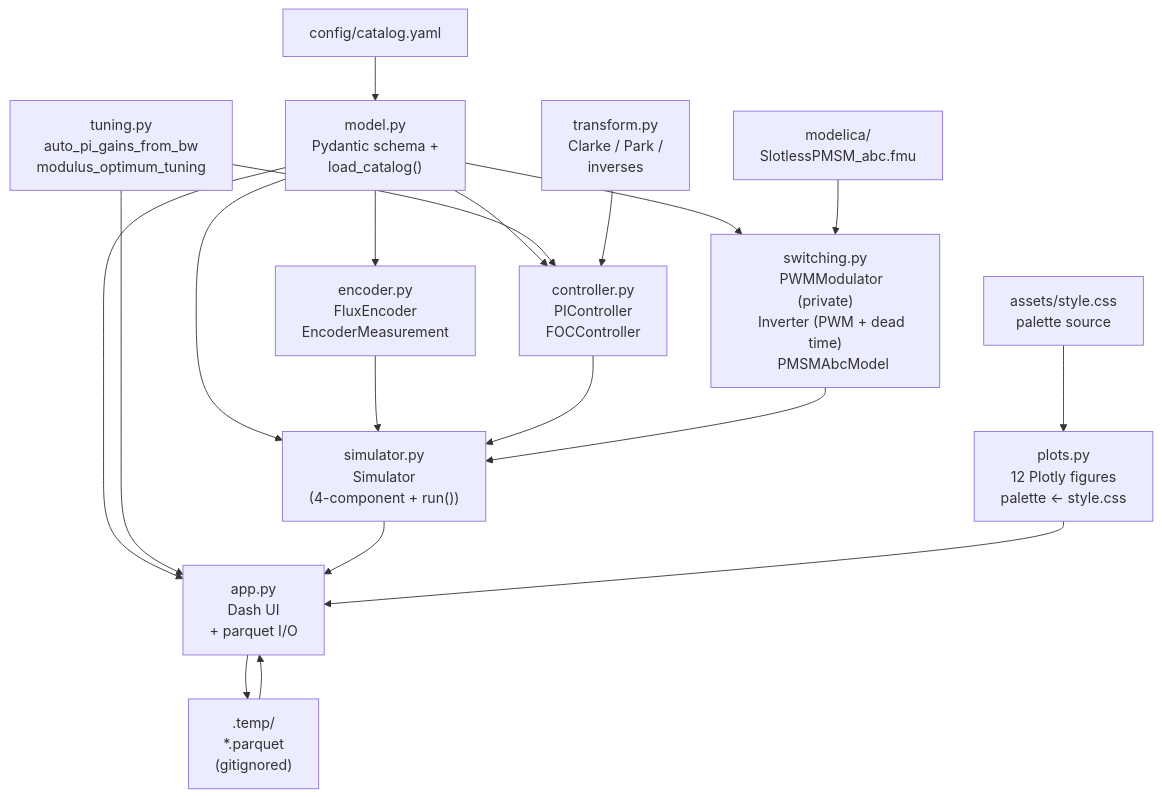
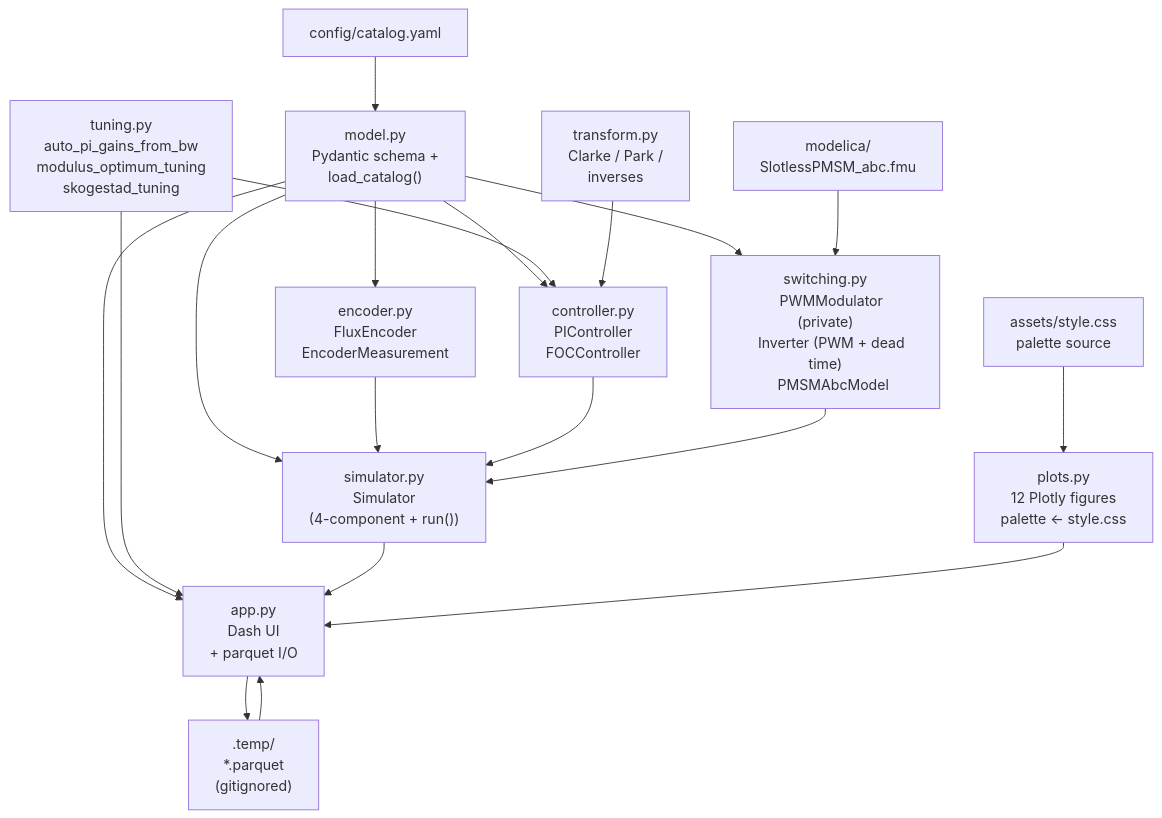
Before and after one commit to PhillipMaree/slimtorq-control: the third of 3 diagrams in README.md, drawn with Mermaid. The commit also changed other lines of this file and 9 other files, not shown here.

Commit message:
[ALV001] skogestad tuning

````diff
--- a/README.md
+++ b/README.md
@@ -90,58 +92,59 @@
 ```mermaid
 graph TD
     catalog["config/catalog.yaml"]
     model["model.py
     Pydantic schema +
     load_catalog()"]
     tuning["tuning.py
     auto_pi_gains_from_bw
-    modulus_optimum_tuning"]
+    modulus_optimum_tuning
+    skogestad_tuning"]
     transform["transform.py
     Clarke / Park /
     inverses"]
     controller["controller.py
     PIController
     FOCController"]
     encoder["encoder.py
     FluxEncoder
     EncoderMeasurement"]
     switching["switching.py
     PWMModulator (private)
     Inverter (PWM + dead time)
     PMSMAbcModel"]
     fmu["modelica/
     SlotlessPMSM_abc.fmu"]
     simulator["simulator.py
     Simulator
     (4-component + run())"]
     plots["plots.py
     12 Plotly figures
     palette ← style.css"]
     css["assets/style.css
     palette source"]
     app["app.py
     Dash UI
     + parquet I/O"]
     parquet[".temp/
     *.parquet
     (gitignored)"]
 
     catalog --> model
     model --> controller
     model --> switching
     model --> encoder
     model --> simulator
     model --> app
     tuning --> controller
     tuning --> app
     transform --> controller
     encoder --> simulator
     controller --> simulator
     switching --> simulator
     fmu --> switching
     simulator --> app
     css --> plots
     plots --> app
     app --> parquet
     parquet --> app
 ```
````
